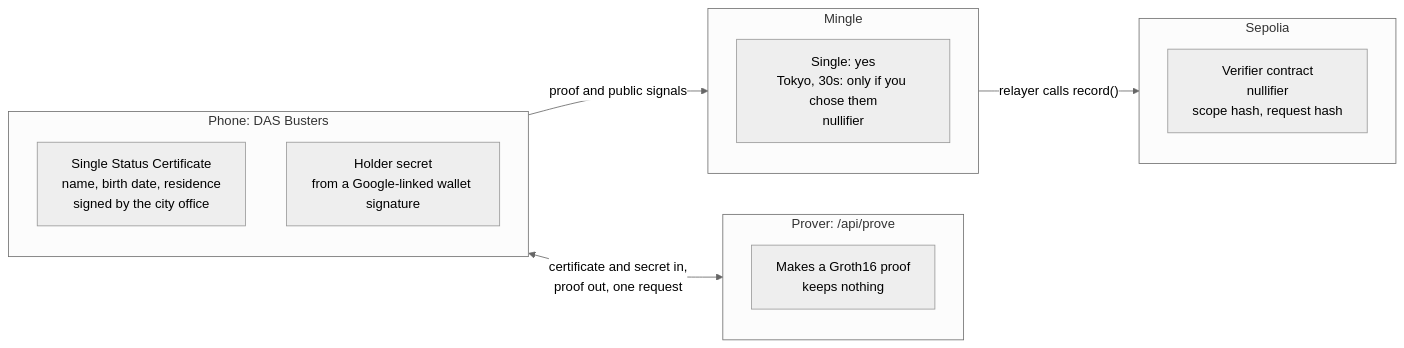
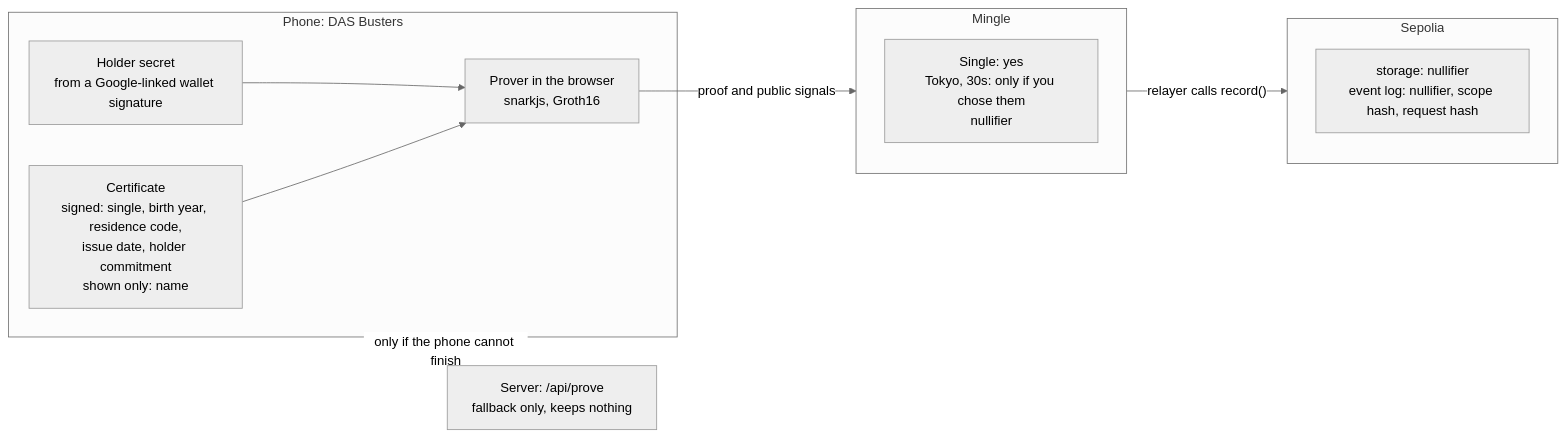
The second of 5 diagrams in README.md (CobaltSato/das-busters), drawn with Mermaid (neutral theme) before and after one commit. The commit also changed other lines of this file and 1 other file, not shown here.

````diff
--- a/README.md
+++ b/README.md
@@ -32,19 +112,20 @@
 ```mermaid
 flowchart LR
   subgraph phone["Phone: DAS Busters"]
-    cert["Single Status Certificate<br/>name, birth date, residence<br/>signed by the city office"]
+    cert["Certificate<br/>signed: single, birth year, residence code,<br/>issue date, holder commitment<br/>shown only: name"]
     secret["Holder secret<br/>from a Google-linked wallet signature"]
+    prove["Prover in the browser<br/>snarkjs, Groth16"]
   end
-  subgraph prover["Prover: /api/prove"]
-    prove["Makes a Groth16 proof<br/>keeps nothing"]
-  end
+  fallback["Server: /api/prove<br/>fallback only, keeps nothing"]
   subgraph mingle["Mingle"]
     seen["Single: yes<br/>Tokyo, 30s: only if you chose them<br/>nullifier"]
   end
   subgraph chain["Sepolia"]
-    stored["Verifier contract<br/>nullifier<br/>scope hash, request hash"]
+    stored["storage: nullifier<br/>event log: nullifier, scope hash, request hash"]
   end
-  phone <-- "certificate and secret in,<br/>proof out, one request" --> prover
-  phone -- "proof and public signals" --> mingle
+  cert --> prove
+  secret --> prove
+  phone -.->|"only if the phone cannot finish"| fallback
+  prove -- "proof and public signals" --> mingle
   mingle -- "relayer calls record()" --> chain
 ```
````
